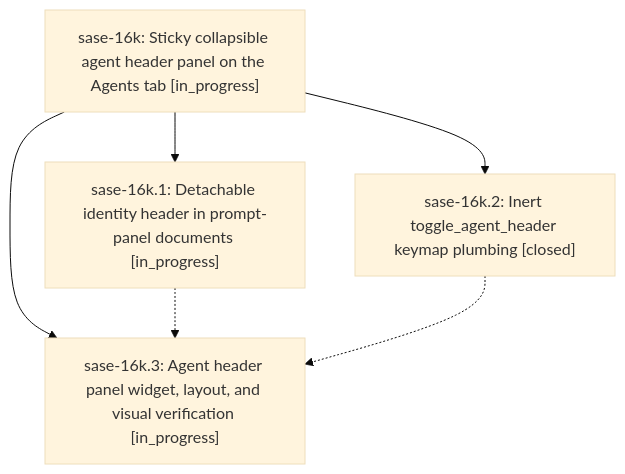
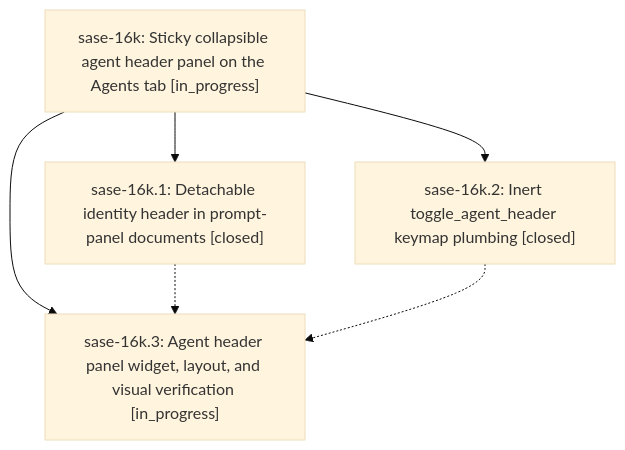
One commit to sase-org/sase--beads changed the diagram in pages/sase-16k/README.md. Above: the diagram before and after it, drawn with Mermaid (base theme). The commit also changed other lines of this file and 3 other files, not shown here.

````diff
--- a/pages/sase-16k/README.md
+++ b/pages/sase-16k/README.md
@@ -24,12 +24,12 @@
 ```mermaid
 flowchart TD
     n0["sase-16k: Sticky collapsible agent header panel on the Agents tab [in_progress]"]
-    n1["sase-16k.1: Detachable identity header in prompt-panel documents [in_progress]"]
+    n1["sase-16k.1: Detachable identity header in prompt-panel documents [closed]"]
     n2["sase-16k.2: Inert toggle_agent_header keymap plumbing [closed]"]
     n3["sase-16k.3: Agent header panel widget, layout, and visual verification [in_progress]"]
     n0 --> n1
     n0 --> n2
     n0 --> n3
     n1 -.-> n3
     n2 -.-> n3
 ```
````
